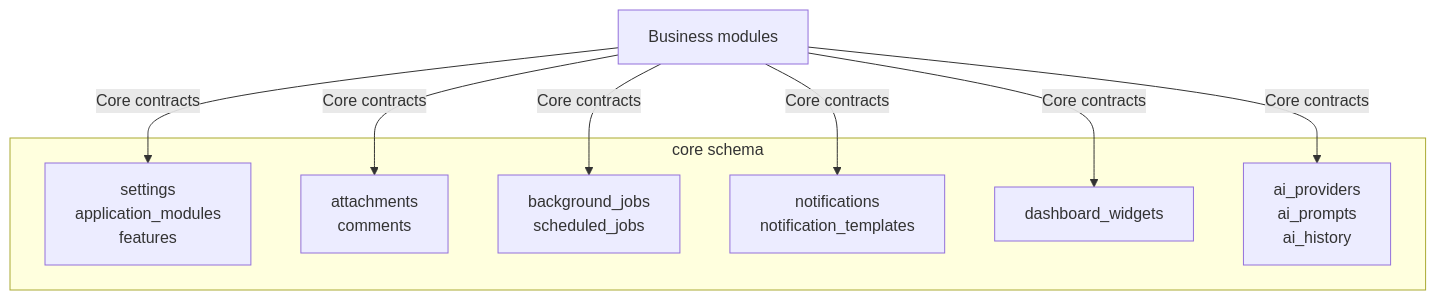
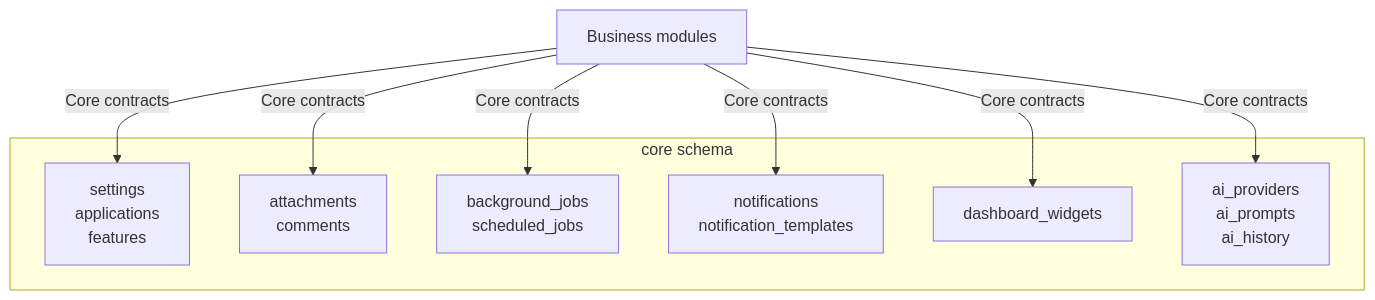
Before and after one commit to BogiOkta/internal-apps: the fourth of 10 diagrams in docs/architecture/DATABASE.md, drawn with Mermaid. The commit also changed other lines of this file and 11 other files, not shown here.

````diff
--- a/docs/architecture/DATABASE.md
+++ b/docs/architecture/DATABASE.md
@@ -255,20 +258,20 @@
 ```mermaid
 flowchart TB
     Modules["Business modules"]
 
     subgraph CoreSchema["core schema"]
-        Registry["settings<br/>application_modules<br/>features"]
+        Registry["settings<br/>applications<br/>features"]
         Collaboration["attachments<br/>comments"]
         Processing["background_jobs<br/>scheduled_jobs"]
         Messaging["notifications<br/>notification_templates"]
         Experience["dashboard_widgets"]
         AI["ai_providers<br/>ai_prompts<br/>ai_history"]
     end
 
     Modules -->|"Core contracts"| Registry
     Modules -->|"Core contracts"| Collaboration
     Modules -->|"Core contracts"| Processing
     Modules -->|"Core contracts"| Messaging
     Modules -->|"Core contracts"| Experience
     Modules -->|"Core contracts"| AI
 ```
````
